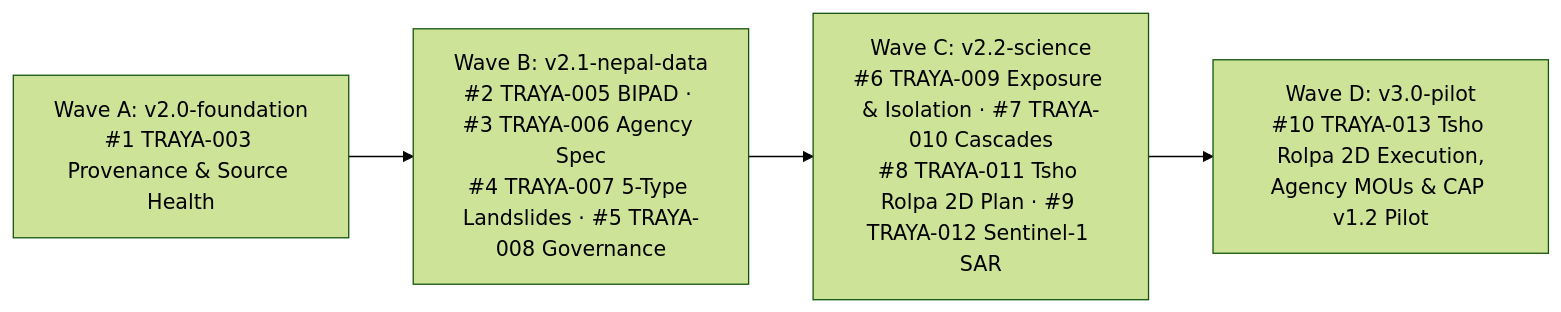
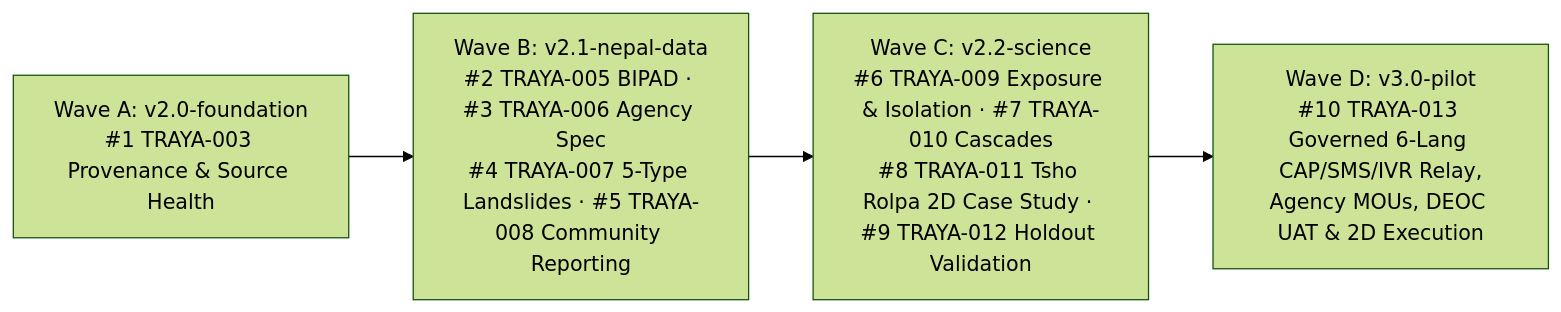
Before and after one commit to prazg/Nepal_TRAYA: the diagram in ROADMAP.md, drawn with Mermaid (forest theme). The commit also changed other lines of this file and 57 other files, not shown here.

Commit message:
feat(traya-2.1): fix OSM 403 referrer policy & fallback, #5 offline PWA reporting, #8 Tsho Rolpa 2D hydrodynamic sim, #10 6-language CAP/SMS/IVR

````diff
--- a/ROADMAP.md
+++ b/ROADMAP.md
@@ -14,9 +14,9 @@
 ```mermaid
 flowchart LR
   WA["Wave A: v2.0-foundation\n#1 TRAYA-003 Provenance & Source Health"]
-  WB["Wave B: v2.1-nepal-data\n#2 TRAYA-005 BIPAD · #3 TRAYA-006 Agency Spec\n#4 TRAYA-007 5-Type Landslides · #5 TRAYA-008 Governance"]
-  WC["Wave C: v2.2-science\n#6 TRAYA-009 Exposure & Isolation · #7 TRAYA-010 Cascades\n#8 TRAYA-011 Tsho Rolpa 2D Plan · #9 TRAYA-012 Sentinel-1 SAR"]
-  WD["Wave D: v3.0-pilot\n#10 TRAYA-013 Tsho Rolpa 2D Execution,\nAgency MOUs & CAP v1.2 Pilot"]
+  WB["Wave B: v2.1-nepal-data\n#2 TRAYA-005 BIPAD · #3 TRAYA-006 Agency Spec\n#4 TRAYA-007 5-Type Landslides · #5 TRAYA-008 Community Reporting"]
+  WC["Wave C: v2.2-science\n#6 TRAYA-009 Exposure & Isolation · #7 TRAYA-010 Cascades\n#8 TRAYA-011 Tsho Rolpa 2D Case Study · #9 TRAYA-012 Holdout Validation"]
+  WD["Wave D: v3.0-pilot\n#10 TRAYA-013 Governed 6-Lang CAP/SMS/IVR Relay,\nAgency MOUs, DEOC UAT & 2D Execution"]
 
   WA --> WB --> WC --> WD
 ```
````
